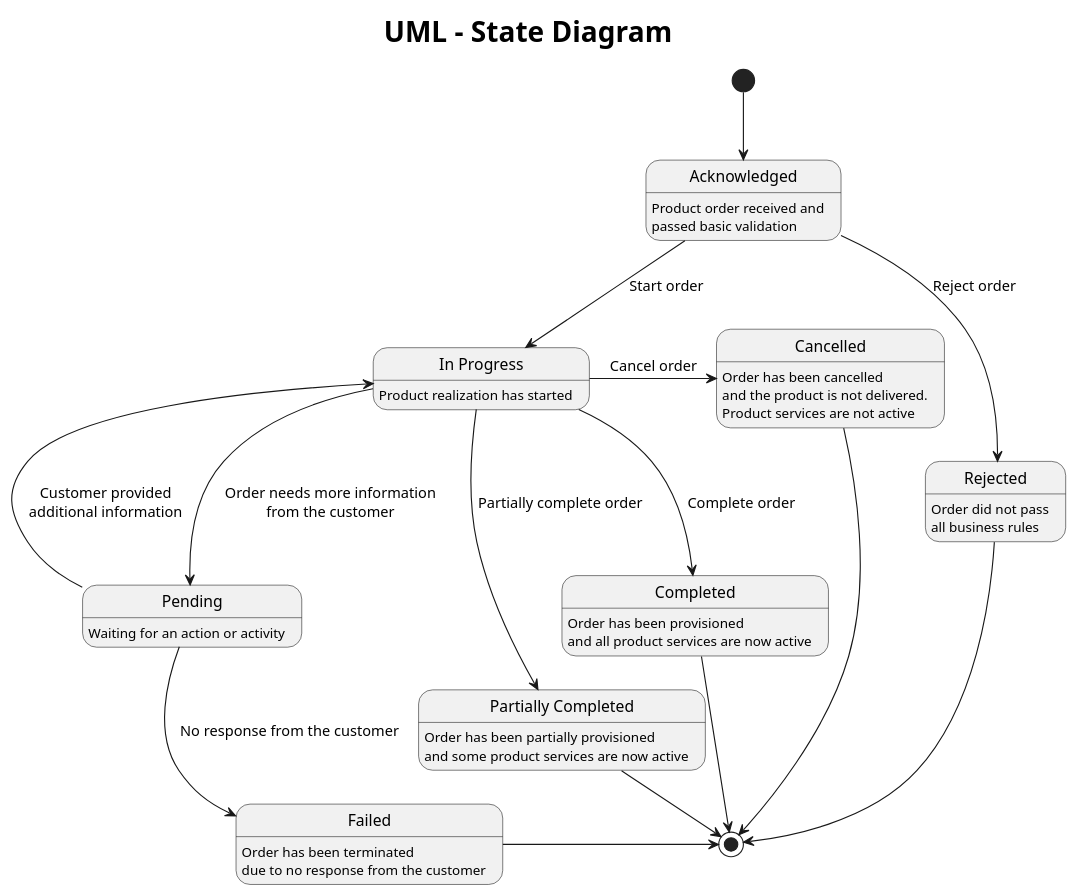
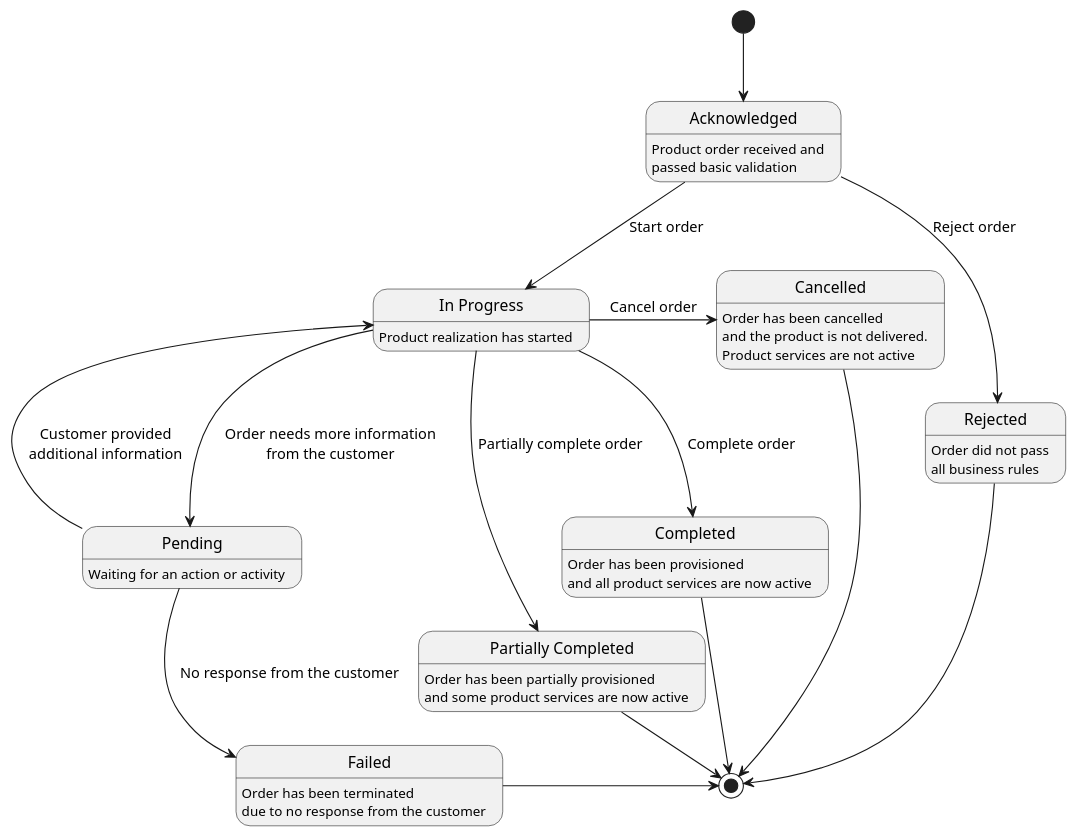
Before and after one commit to ensarhamzic/diplomski-rad-softversko-inzenjerstvo: the diagram in uml/state/product-order-states.puml, drawn with PlantUML. The commit also changed 9 other files, not shown here.

Commit message:
remove titles from diagrams

```diff
--- a/uml/state/product-order-states.puml
+++ b/uml/state/product-order-states.puml
@@ -1,58 +1,52 @@
 @startuml
-skinparam titleFontSize 25
-
-title
-UML - State Diagram
-end title
-
 state "Acknowledged" as acknowledged
 state "In Progress" as inProgress
 state "Rejected" as rejected
 state "Completed" as completed
 state "Partially Completed" as partial
 state "Cancelled" as cancelled
 state "Pending" as pending
 state "Failed" as failed
 
 [*] -down-> acknowledged
 acknowledged : Product order received and
 acknowledged: passed basic validation
 
 acknowledged --> inProgress: Start order
 inProgress: Product realization has started
 
 acknowledged --> rejected: Reject order
 rejected: Order did not pass
 rejected: all business rules
 
 inProgress --> completed: Complete order
 completed: Order has been provisioned
 completed: and all product services are now active
 
 inProgress --> partial: Partially complete order
 partial: Order has been partially provisioned
 partial: and some product services are now active
 
 inProgress -> cancelled: Cancel order
 cancelled: Order has been cancelled
 cancelled: and the product is not delivered.
 cancelled: Product services are not active
 
 inProgress --> pending: Order needs more information\nfrom the customer
 pending: Waiting for an action or activity
 
 pending --> inProgress: Customer provided\nadditional information
 
 pending --> failed: No response from the customer
 failed: Order has been terminated
 failed: due to no response from the customer
 
 rejected -> [*]
 completed -> [*]
 partial -> [*]
 cancelled -> [*]
 failed -> [*]
 
 ' layout
 cancelled -[hidden]-> completed
 @enduml
```
